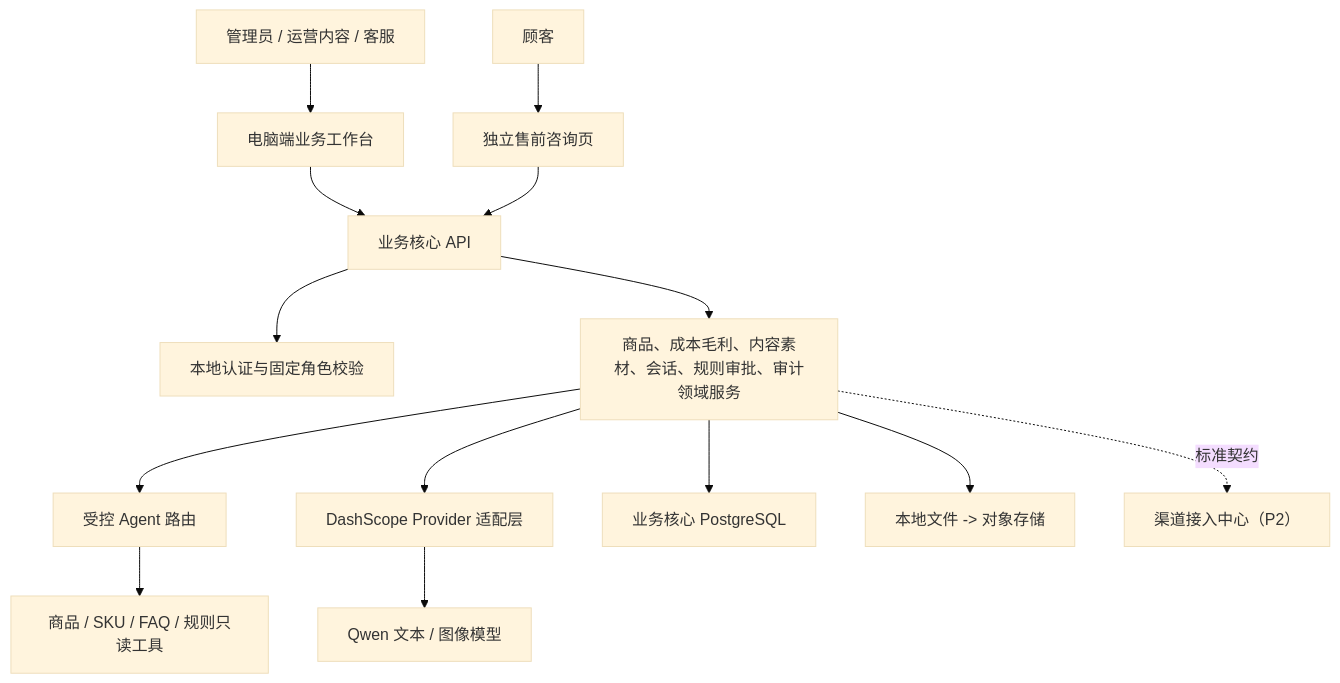
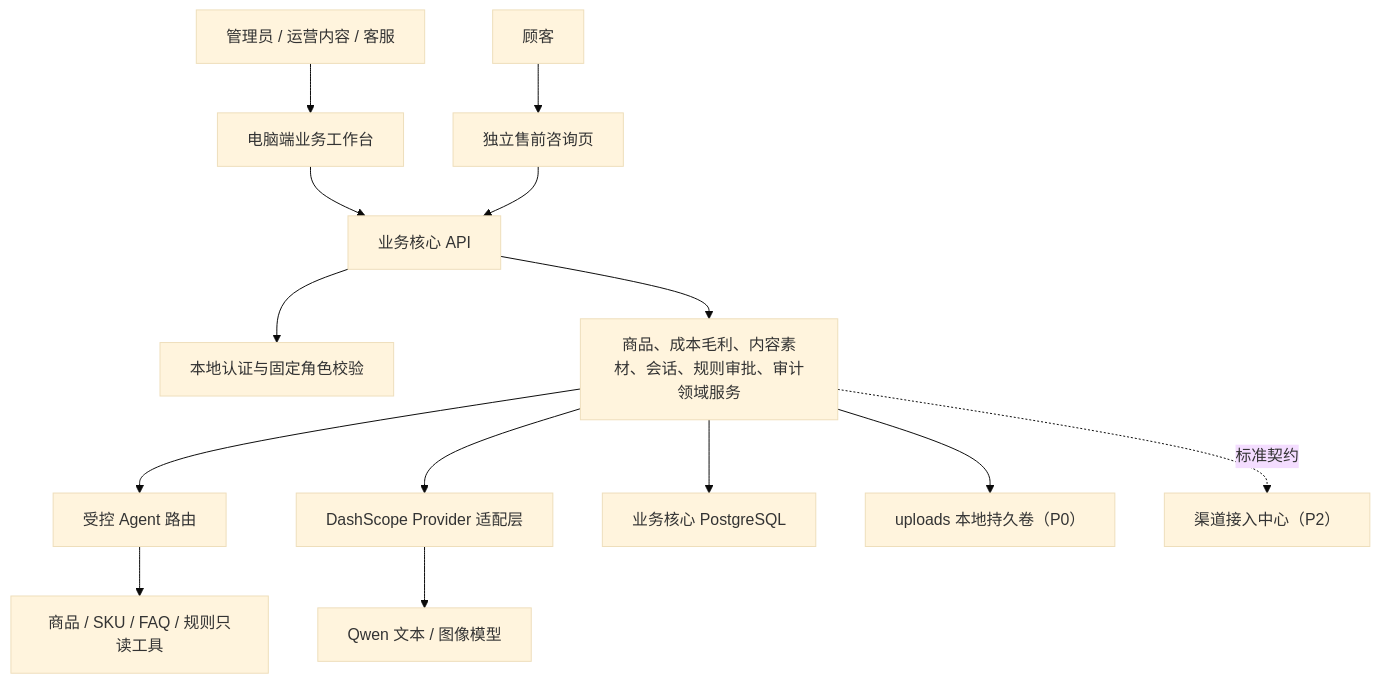
Before and after one commit to Hmx-7488/EcomAgent: the first of 4 diagrams in docs/业务核心系统/架构文档_P0.md, drawn with Mermaid (base theme). The commit also changed other lines of this file and 75 other files, not shown here.

````diff
--- a/docs/业务核心系统/架构文档_P0.md
+++ b/docs/业务核心系统/架构文档_P0.md
@@ -8,16 +8,16 @@
 ```mermaid
 flowchart TB
     Admin["管理员 / 运营内容 / 客服"] --> UI["电脑端业务工作台"]
     Customer["顾客"] --> CustomerUI["独立售前咨询页"]
     UI --> API["业务核心 API"]
     CustomerUI --> API
     API --> Auth["本地认证与固定角色校验"]
     API --> Domain["商品、成本毛利、内容素材、会话、规则审批、审计领域服务"]
     Domain --> Agent["受控 Agent 路由"]
     Agent --> Tools["商品 / SKU / FAQ / 规则只读工具"]
     Domain --> Provider["DashScope Provider 适配层"]
     Provider --> Model["Qwen 文本 / 图像模型"]
     Domain --> DB["业务核心 PostgreSQL"]
-    Domain --> Storage["本地文件 -> 对象存储"]
+    Domain --> Storage["uploads 本地持久卷（P0）"]
     Domain -. 标准契约 .-> Hub["渠道接入中心（P2）"]
 ```
````
